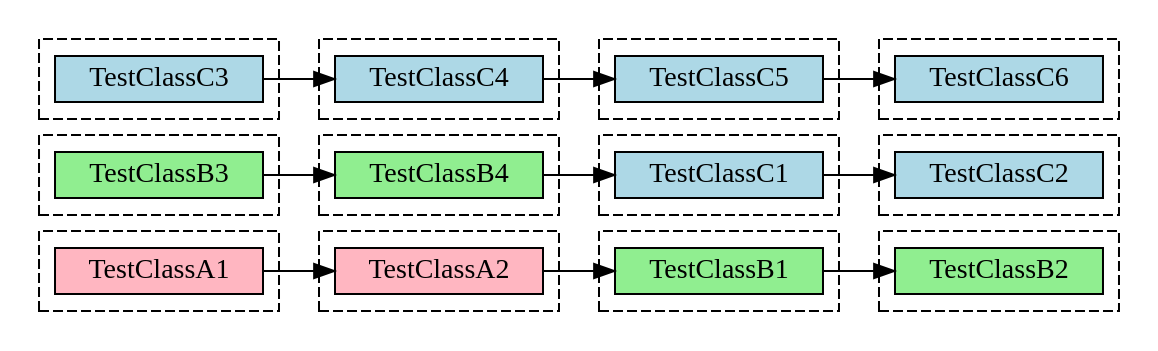
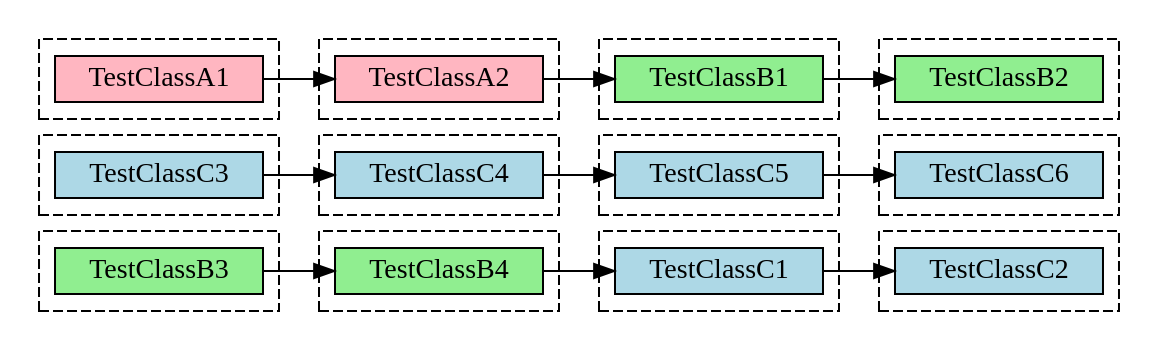
One commit to com-lihaoyi/mill changed the third of 5 diagrams in website/blog/modules/ROOT/pages/11-jvm-test-parallelism.adoc. Above: the diagram before and after it, drawn with Graphviz. The commit also changed other lines of this file, not shown here.

````diff
--- a/website/blog/modules/ROOT/pages/11-jvm-test-parallelism.adoc
+++ b/website/blog/modules/ROOT/pages/11-jvm-test-parallelism.adoc
@@ -231,28 +232,32 @@
 ```graphviz
 digraph G {
   rankdir=LR
   node [shape=box width=0 height=0]
 
 
   style="dashed"
-  subgraph cluster_a1 { label=""; TestClassA1 [style=filled fillcolor=lightpink] }
-  subgraph cluster_a2 { label=""; TestClassA2 [style=filled fillcolor=lightpink] }
-
-
-  subgraph cluster_b1 { label=""; TestClassB1 [style=filled fillcolor=lightgreen] }
-  subgraph cluster_b2 { label=""; TestClassB2 [style=filled fillcolor=lightgreen] }
-  subgraph cluster_b3 { label=""; TestClassB3 [style=filled fillcolor=lightgreen] }
-  subgraph cluster_b4 { label=""; TestClassB4 [style=filled fillcolor=lightgreen] }
 
   subgraph cluster_c1 { label=""; TestClassC1 [style=filled fillcolor=lightblue] }
   subgraph cluster_c2 { label=""; TestClassC2 [style=filled fillcolor=lightblue] }
   subgraph cluster_c3 { label=""; TestClassC3 [style=filled fillcolor=lightblue] }
   subgraph cluster_c4 { label=""; TestClassC4 [style=filled fillcolor=lightblue] }
   subgraph cluster_c5 { label=""; TestClassC5 [style=filled fillcolor=lightblue] }
   subgraph cluster_c6 { label=""; TestClassC6 [style=filled fillcolor=lightblue] }
 
+
+  subgraph cluster_b1 { label=""; TestClassB1 [style=filled fillcolor=lightgreen] }
+  subgraph cluster_b2 { label=""; TestClassB2 [style=filled fillcolor=lightgreen] }
+  subgraph cluster_b3 { label=""; TestClassB3 [style=filled fillcolor=lightgreen] }
+  subgraph cluster_b4 { label=""; TestClassB4 [style=filled fillcolor=lightgreen] }
+
+
+
+  subgraph cluster_a1 { label=""; TestClassA1 [style=filled fillcolor=lightpink] }
+  subgraph cluster_a2 { label=""; TestClassA2 [style=filled fillcolor=lightpink] }
+
+
   TestClassA1 -> TestClassA2 -> TestClassB1 -> TestClassB2
   TestClassB3 -> TestClassB4 -> TestClassC1 -> TestClassC2
   TestClassC3 -> TestClassC4 -> TestClassC5 -> TestClassC6
 }
 ```
````
